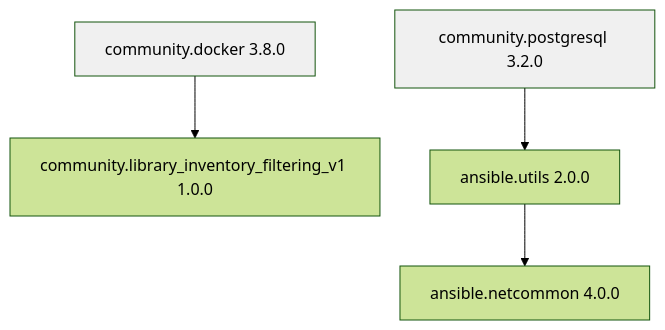
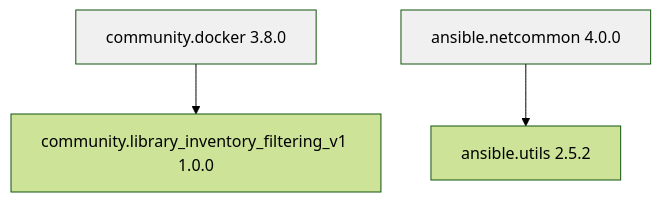
Before and after one commit to OneUptime/blog: the diagram in posts/2026-02-21-how-to-install-ansible-collections-from-tarballs/README.md, drawn with Mermaid (forest theme). The commit also changed other lines of this file and 2 other files, not shown here.

Commit message:
validate: 2026-02-21-how-to-install-ansible-collections-from-tarballs

````diff
--- a/posts/2026-02-21-how-to-install-ansible-collections-from-tarballs/README.md
+++ b/posts/2026-02-21-how-to-install-ansible-collections-from-tarballs/README.md
@@ -242,8 +243,7 @@
 ```mermaid
 flowchart TD
     A[community.docker 3.8.0] --> B[community.library_inventory_filtering_v1 1.0.0]
-    C[community.postgresql 3.2.0] --> D[ansible.utils 2.0.0]
-    D --> E[ansible.netcommon 4.0.0]
+    C[ansible.netcommon 4.0.0] --> D[ansible.utils 2.5.2]
     style A fill:#f0f0f0
     style C fill:#f0f0f0
 ```
````
